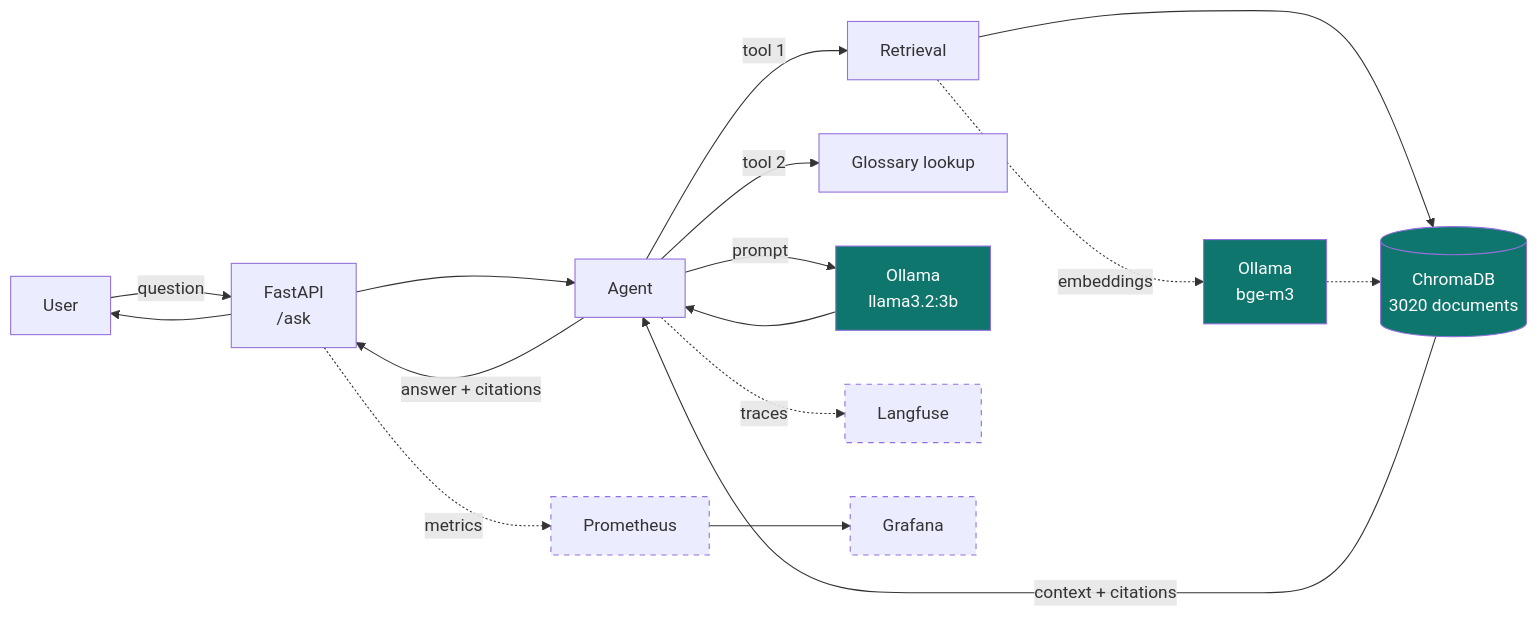
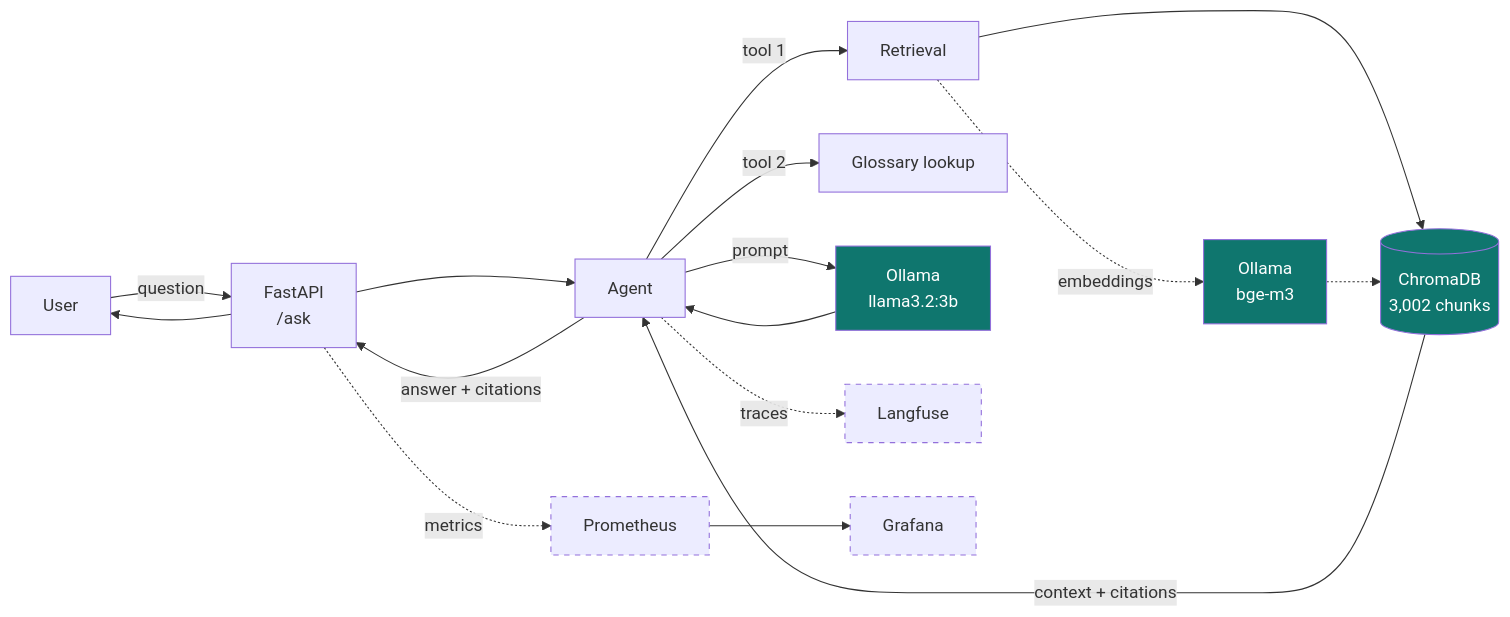
Before and after one commit to sabrinahartung/health-faq-agent: the first of 2 diagrams in docs/architecture.md, drawn with Mermaid. The commit also changed other lines of this file and 15 other files, not shown here.

First line of the commit message:
slim main to overview, milestone plan and architecture

````diff
--- a/docs/architecture.md
+++ b/docs/architecture.md
@@ -5,26 +5,26 @@
 ```mermaid
 flowchart LR
     U[User] -->|question| API[FastAPI<br/>/ask]
     API --> AG[Agent]
     AG -->|tool 1| RET[Retrieval]
     AG -->|tool 2| GLO[Glossary lookup]
-    RET --> CH[(ChromaDB<br/>3020 documents)]
+    RET --> CH[(ChromaDB<br/>3,002 chunks)]
     CH -->|context + citations| AG
     AG -->|prompt| LLM[Ollama<br/>llama3.2:3b]
     LLM --> AG
     AG -->|answer + citations| API
     API --> U
 
     RET -.embeddings.-> EMB[Ollama<br/>bge-m3]
     EMB -.-> CH
 
     AG -.traces.-> LF[Langfuse]
     API -.metrics.-> PR[Prometheus] --> GR[Grafana]
 
     style CH fill:#0f766e,color:#fff
     style LLM fill:#0f766e,color:#fff
     style EMB fill:#0f766e,color:#fff
     style LF stroke-dasharray: 5 5
     style PR stroke-dasharray: 5 5
     style GR stroke-dasharray: 5 5
 ```
````
